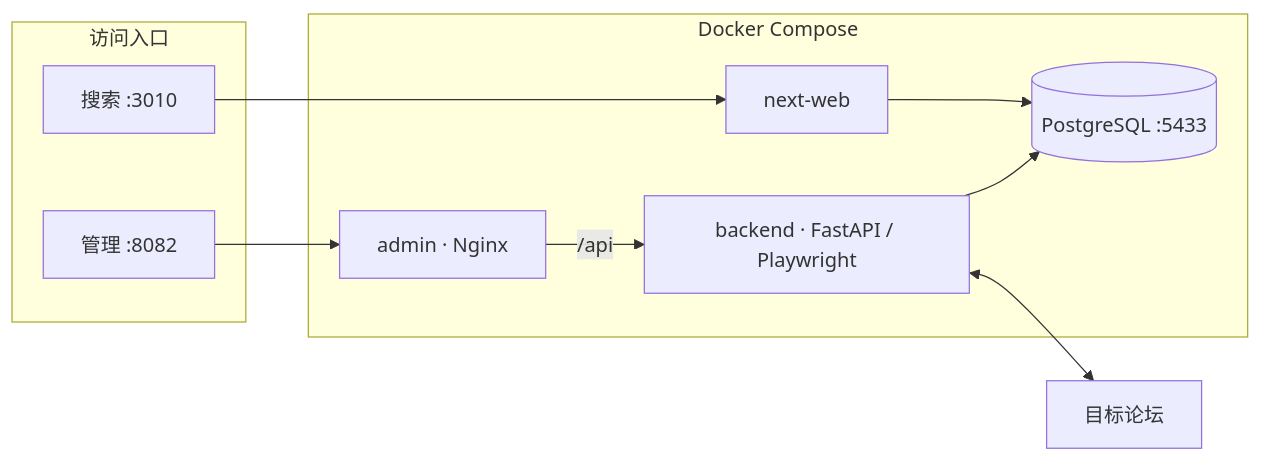
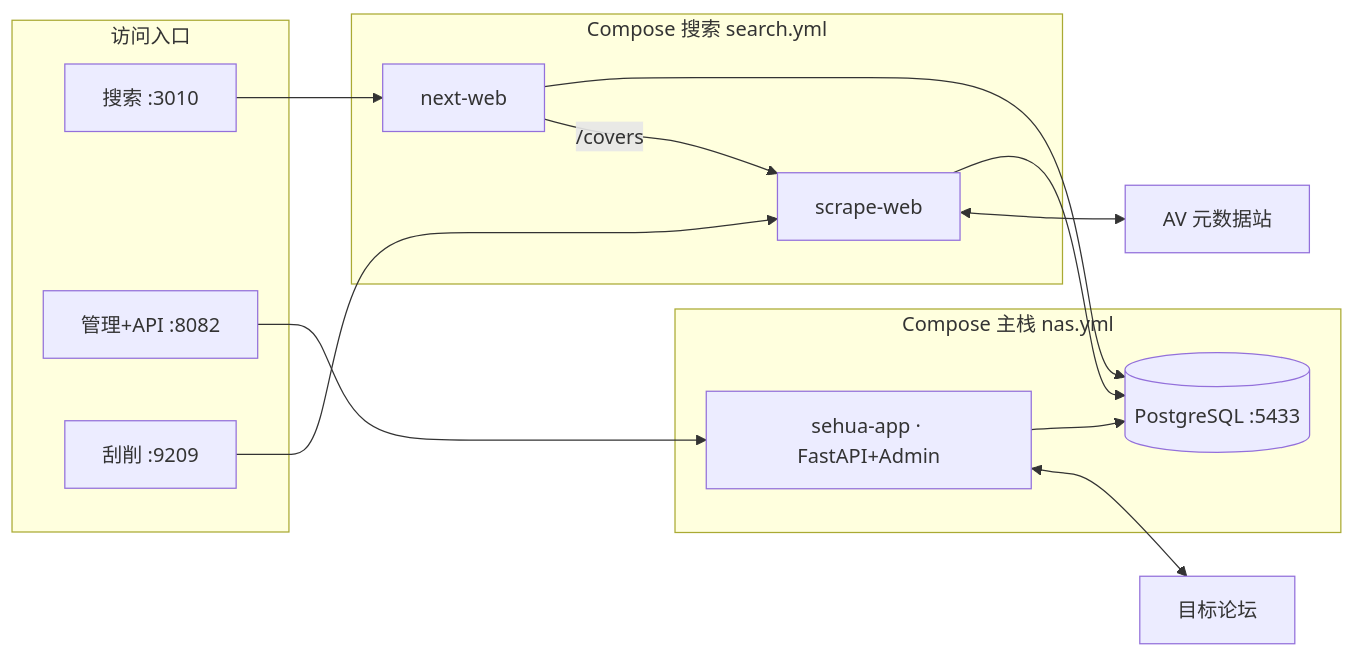
Before and after one commit to poillysky/sehua: the diagram in README.md, drawn with Mermaid. The commit also changed other lines of this file and 181 other files, not shown here.

Commit message:
Release sehua 1.2.21 and search 1.2.3: structure cards/password-size clip, attach trigger; search scrape stack and hide dead preview images.

````diff
--- a/README.md
+++ b/README.md
@@ -16,23 +16,31 @@
 ```mermaid
 flowchart LR
   subgraph Edge["访问入口"]
     S["搜索 :3010"]
-    A["管理 :8082"]
+    A["管理+API :8082"]
+    C["刮削 :9209"]
   end
 
-  subgraph Runtime["Docker Compose"]
-    NW["next-web"]
-    AD["admin · Nginx"]
-    API["backend · FastAPI / Playwright"]
+  subgraph Main["Compose 主栈 nas.yml"]
+    APP["sehua-app · FastAPI+Admin"]
     PG[("PostgreSQL :5433")]
   end
 
+  subgraph Search["Compose 搜索 search.yml"]
+    NW["next-web"]
+    SW["scrape-web"]
+  end
+
   Forum["目标论坛"]
+  Meta["AV 元数据站"]
 
   S --> NW
-  A --> AD
-  AD -->|"/api"| API
+  A --> APP
+  C --> SW
   NW --> PG
-  API --> PG
-  API <--> Forum
+  NW -->|"/covers"| SW
+  SW --> PG
+  APP --> PG
+  APP <--> Forum
+  SW <--> Meta
 ```
````
